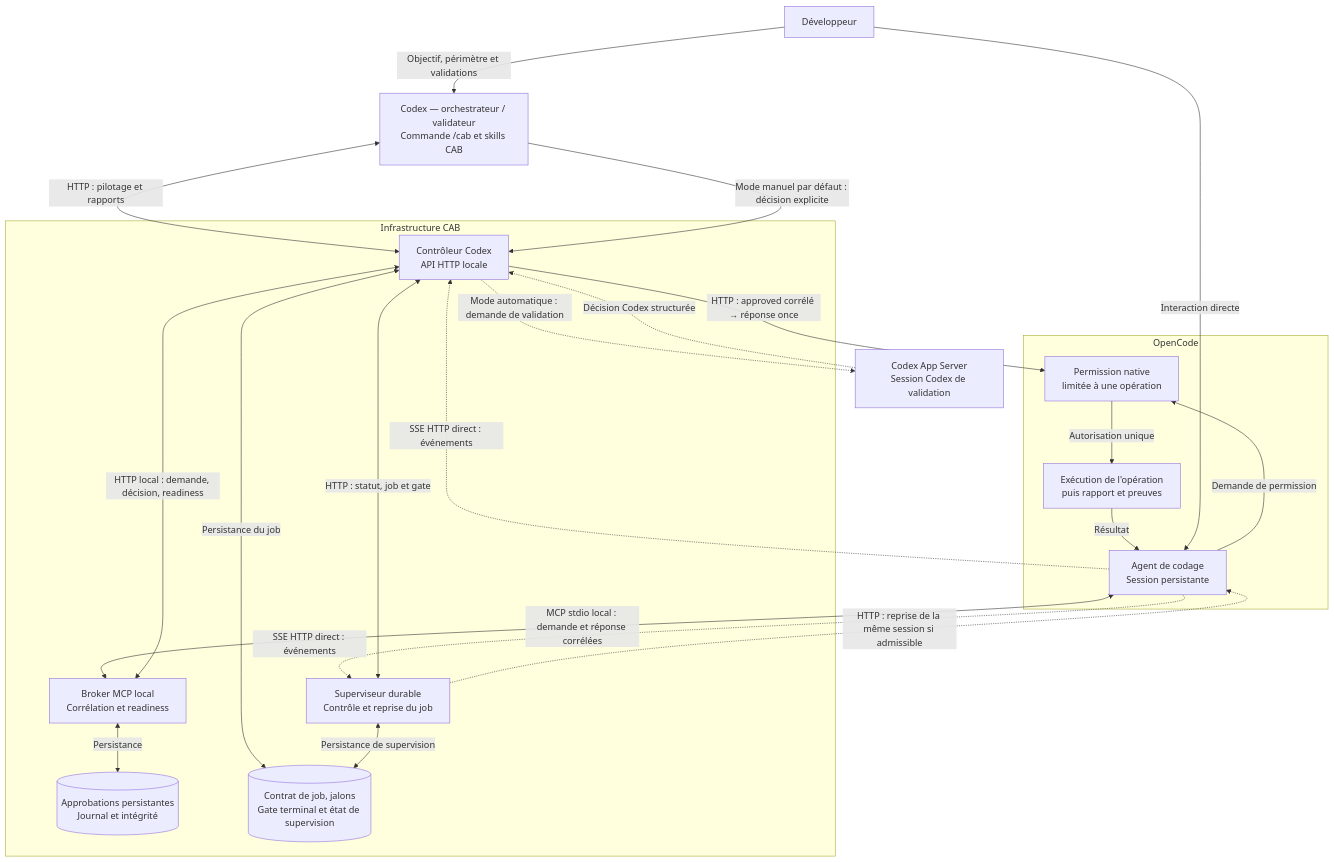
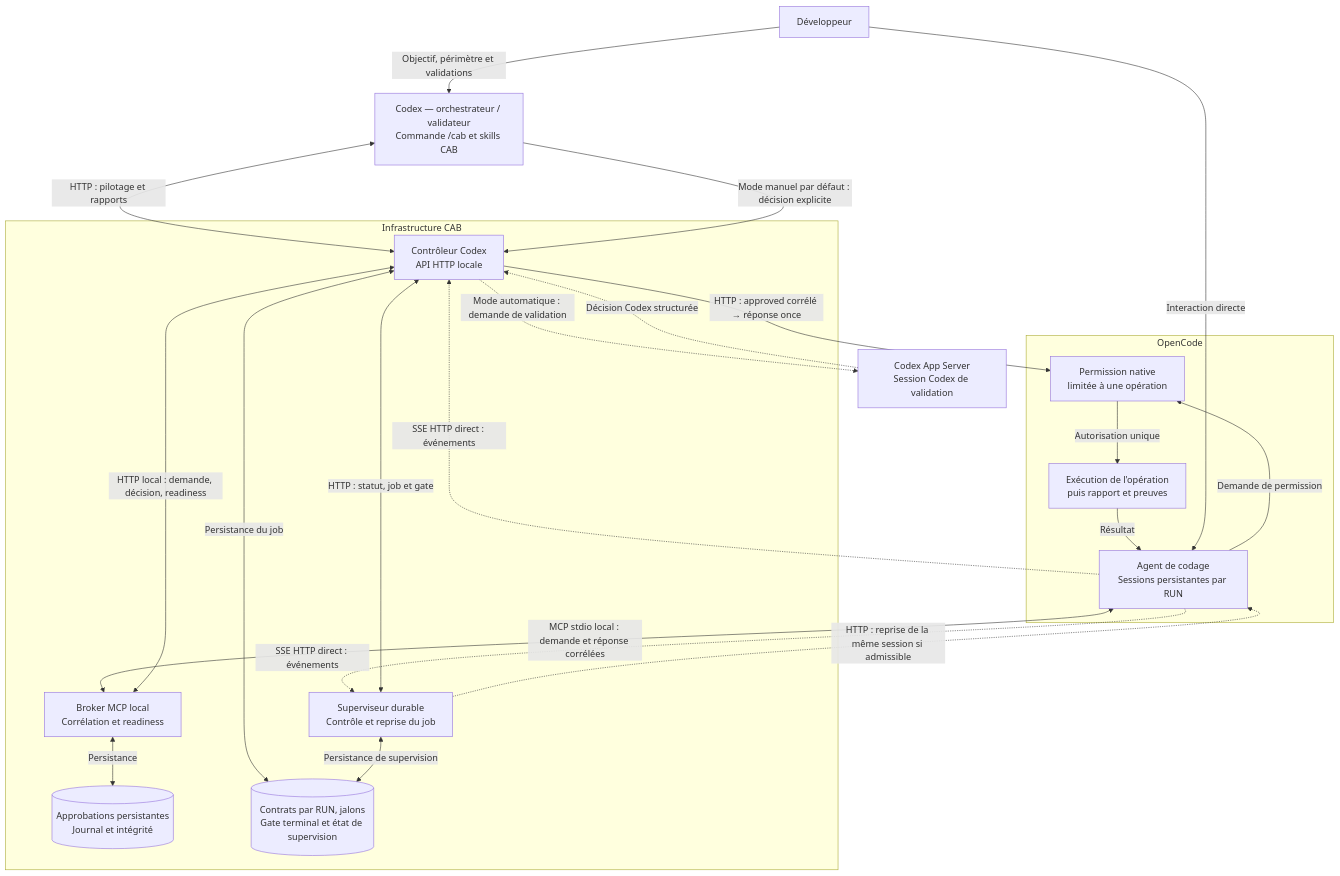
One commit to AzenorPixs/cab-codex-plugins changed the diagram in PROJECT.md. Above: the diagram before and after it, drawn with Mermaid. The commit also changed other lines of this file and 114 other files, not shown here.

````diff
--- a/PROJECT.md
+++ b/PROJECT.md
@@ -98,45 +98,45 @@
 ```mermaid
 flowchart TB
     D["Développeur"]
     C["Codex — orchestrateur / validateur<br/>Commande /cab et skills CAB"]
 
     subgraph OC["OpenCode"]
-        O["Agent de codage<br/>Session persistante"]
+        O["Agent de codage<br/>Sessions persistantes par RUN"]
         P["Permission native<br/>limitée à une opération"]
         X["Exécution de l'opération<br/>puis rapport et preuves"]
         O -->|"Demande de permission"| P
         P -->|"Autorisation unique"| X
         X -->|"Résultat"| O
     end
 
     subgraph CAB["Infrastructure CAB"]
         B["Broker MCP local<br/>Corrélation et readiness"]
         E[("Approbations persistantes<br/>Journal et intégrité")]
         T["Contrôleur Codex<br/>API HTTP locale"]
         S["Superviseur durable<br/>Contrôle et reprise du job"]
-        J[("Contrat de job, jalons<br/>Gate terminal et état de supervision")]
+        J[("Contrats par RUN, jalons<br/>Gate terminal et état de supervision")]
 
         B <-->|"Persistance"| E
         B <-->|"HTTP local : demande, décision, readiness"| T
         T <-->|"Persistance du job"| J
         S <-->|"Persistance de supervision"| J
         S <-->|"HTTP : statut, job et gate"| T
     end
 
     A["Codex App Server<br/>Session Codex de validation"]
 
     D -->|"Objectif, périmètre et validations"| C
     D -->|"Interaction directe"| O
     C <-->|"HTTP : pilotage et rapports"| T
     C -->|"Mode manuel par défaut : décision explicite"| T
 
     O <-->|"MCP stdio local : demande et réponse corrélées"| B
     O -.->|"SSE HTTP direct : événements"| T
     O -.->|"SSE HTTP direct : événements"| S
     S -.->|"HTTP : reprise de la même session si admissible"| O
 
     T -->|"HTTP : approved corrélé → réponse once"| P
 
     T -.->|"Mode automatique : demande de validation"| A
     A -.->|"Décision Codex structurée"| T
 ```
````
